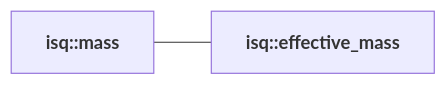
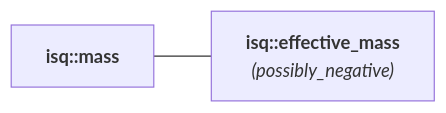
Before and after one commit to mpusz/mp-units: the diagram in docs/reference/systems_reference/hierarchies/mass_isq.md, drawn with Mermaid. The commit also changed 12 other files, not shown here.

````diff
--- a/docs/reference/systems_reference/hierarchies/mass_isq.md
+++ b/docs/reference/systems_reference/hierarchies/mass_isq.md
@@ -10,6 +10,6 @@
 ```mermaid
 flowchart LR
     isq_mass["<b><a href="../../systems/isq/#mass" style="color: var(--md-mermaid-label-fg-color); text-decoration: none;">isq::mass</a></b>"]
-    isq_effective_mass["<b><a href="../../systems/isq/#effective_mass" style="color: var(--md-mermaid-label-fg-color); text-decoration: none;">isq::effective_mass</a></b>"]
+    isq_effective_mass["<b><a href="../../systems/isq/#effective_mass" style="color: var(--md-mermaid-label-fg-color); text-decoration: none;">isq::effective_mass</a></b><br><i>(possibly_negative)</i>"]
     isq_mass --- isq_effective_mass
 ```
````
